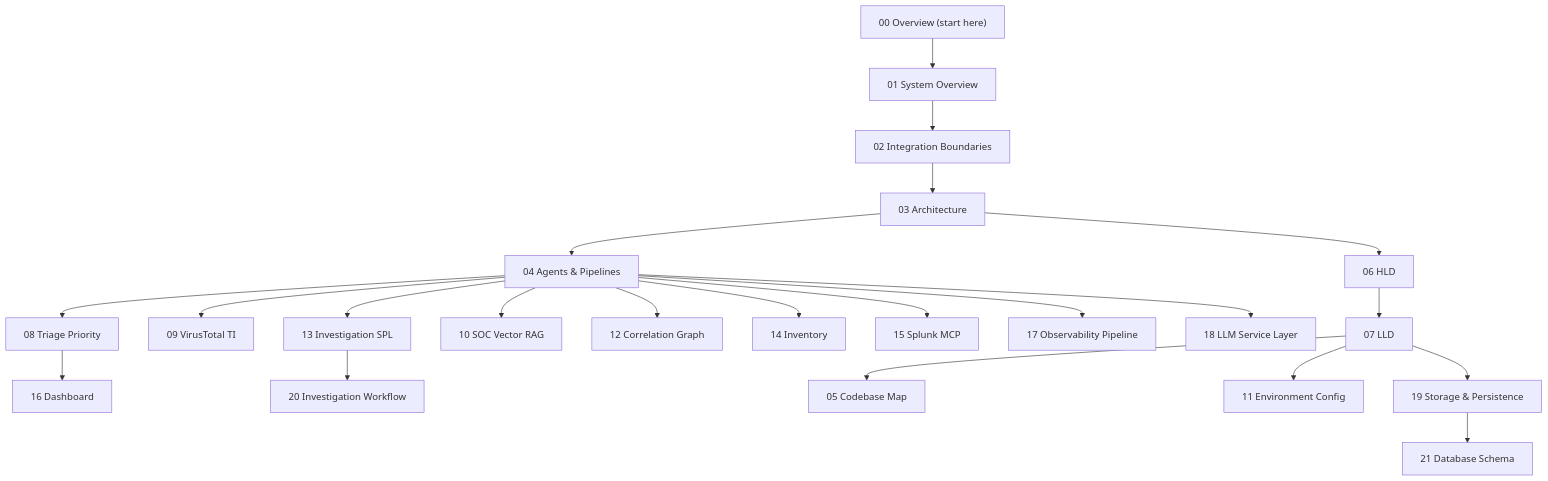
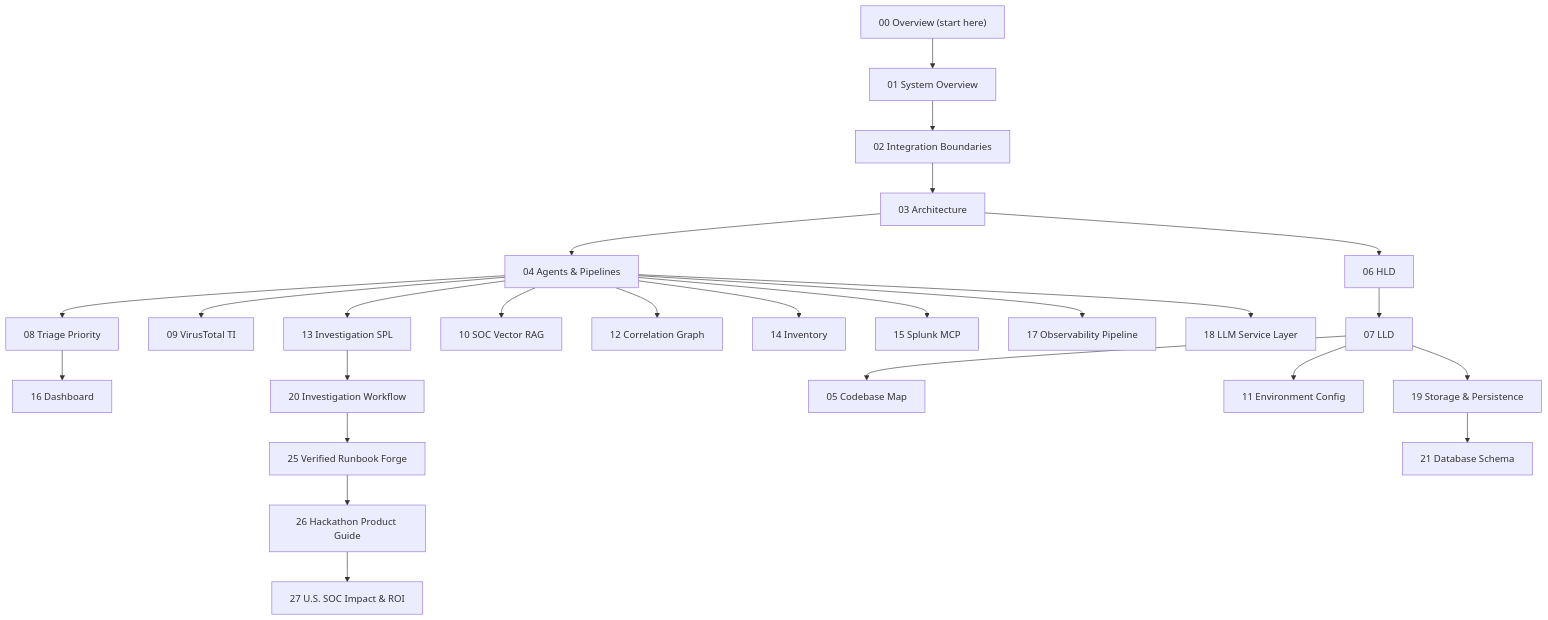
The diagram in docs/00-overview.md (Sepideh-Asadollahi/ThinkingSOC-splunk-hackathon), drawn with Mermaid before and after one commit. The commit also changed other lines of this file and 169 other files, not shown here.

Commit message:
feat: add ThinkingSOC runbook autopilot and demo

````diff
--- a/docs/00-overview.md
+++ b/docs/00-overview.md
@@ -11,42 +11,46 @@
 ```mermaid
 flowchart TD
   O["00 Overview (start here)"]
   S["01 System Overview"]
   I["02 Integration Boundaries"]
   A["03 Architecture"]
   P["04 Agents & Pipelines"]
   C["05 Codebase Map"]
   H["06 HLD"]
   L["07 LLD"]
   T["08 Triage Priority"]
   VT["09 VirusTotal TI"]
   R["10 SOC Vector RAG"]
   E["11 Environment Config"]
   G["12 Correlation Graph"]
   SPL["13 Investigation SPL"]
   INV["14 Inventory"]
   MCP["15 Splunk MCP"]
   D16["16 Dashboard"]
   OBS["17 Observability Pipeline"]
   LLM["18 LLM Service Layer"]
   STR["19 Storage & Persistence"]
   INV_WF["20 Investigation Workflow"]
+  FORGE["25 Verified Runbook Forge"]
+  BUILD["26 Hackathon Product Guide"]
+  ROI["27 U.S. SOC Impact & ROI"]
 
   O --> S --> I --> A --> P
   P --> T
   P --> VT
   P --> SPL
   A --> H --> L
   L --> C
   P --> R
   P --> G
   L --> E
   P --> INV
   P --> MCP
   T --> D16
   P --> OBS
   P --> LLM
   L --> STR
   STR --> D21["21 Database Schema"]
   SPL --> INV_WF
+  INV_WF --> FORGE --> BUILD --> ROI
 ```
````
